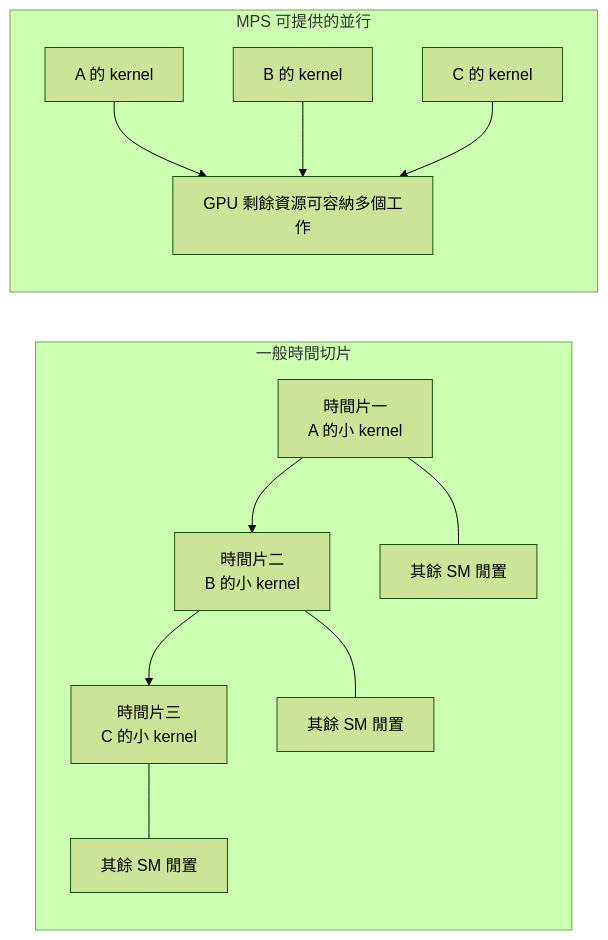
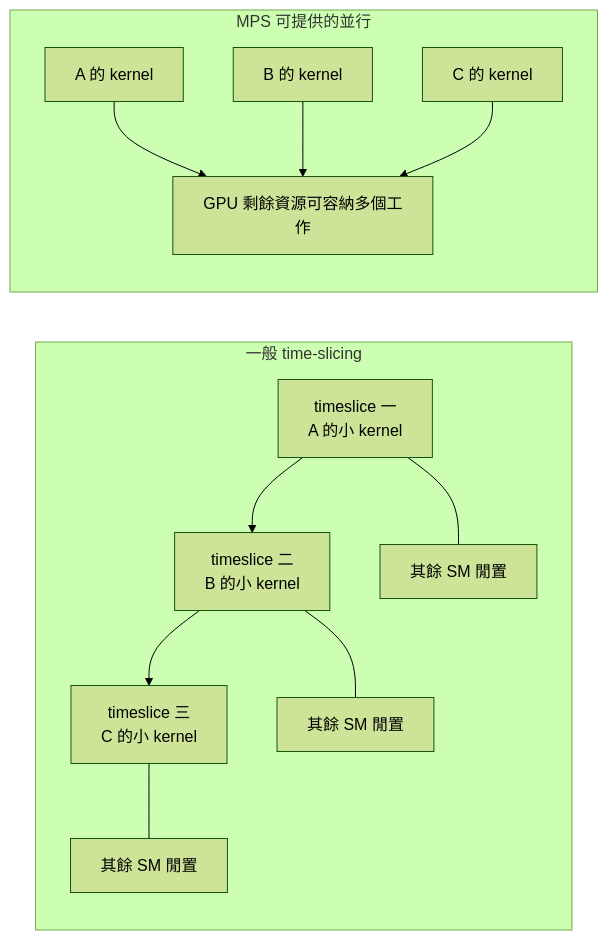
The first of 4 diagrams in book/04-isolation/mps.md (Daniel77871/dra-gpu-sharing-in-practice), drawn with Mermaid (forest theme) before and after one commit. The commit also changed other lines of this file and 80 other files, not shown here.

````diff
--- a/book/04-isolation/mps.md
+++ b/book/04-isolation/mps.md
@@ -15,15 +15,15 @@
 ```mermaid
 flowchart LR
-  subgraph T["一般時間切片"]
-    T1["時間片一<br/>A 的小 kernel"] --> T2["時間片二<br/>B 的小 kernel"]
-    T2 --> T3["時間片三<br/>C 的小 kernel"]
+  subgraph T["一般 time-slicing"]
+    T1["timeslice 一<br/>A 的小 kernel"] --> T2["timeslice 二<br/>B 的小 kernel"]
+    T2 --> T3["timeslice 三<br/>C 的小 kernel"]
     T1 --- I1["其餘 SM 閒置"]
     T2 --- I2["其餘 SM 閒置"]
     T3 --- I3["其餘 SM 閒置"]
   end
   subgraph M["MPS 可提供的並行"]
     A["A 的 kernel"] --> G["GPU 剩餘資源可容納多個工作"]
     B["B 的 kernel"] --> G
     C["C 的 kernel"] --> G
   end
 ```
````
